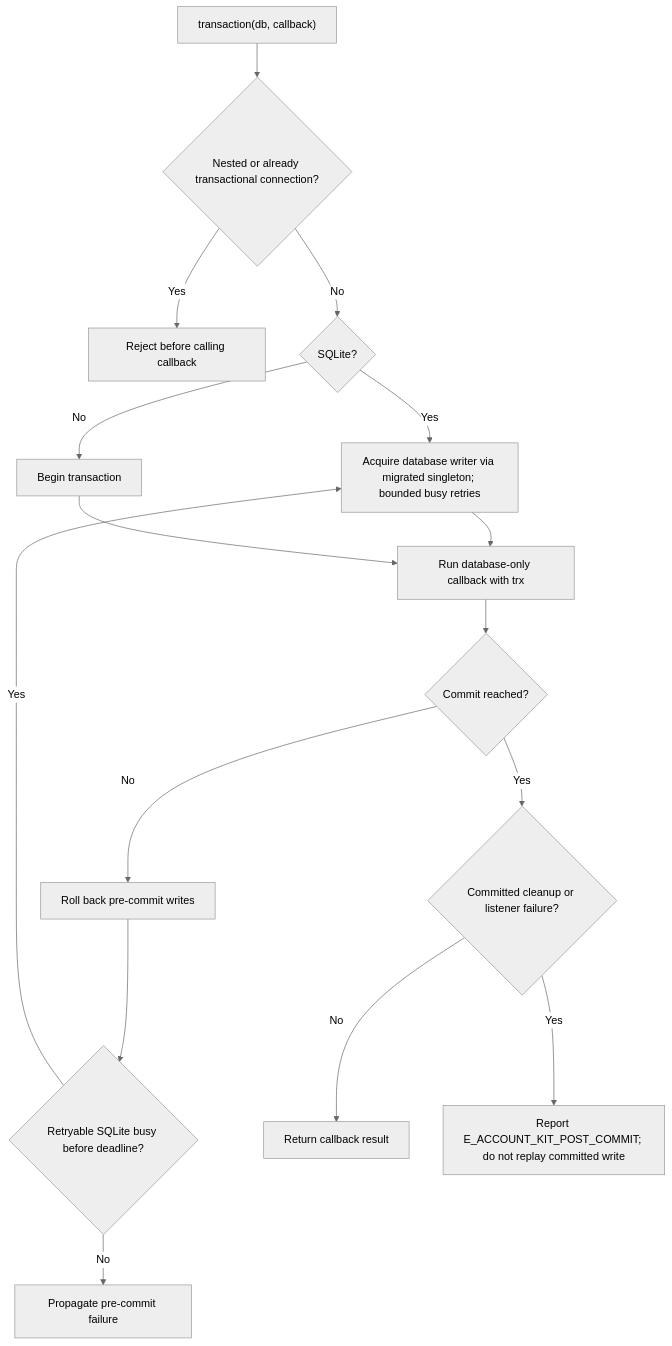
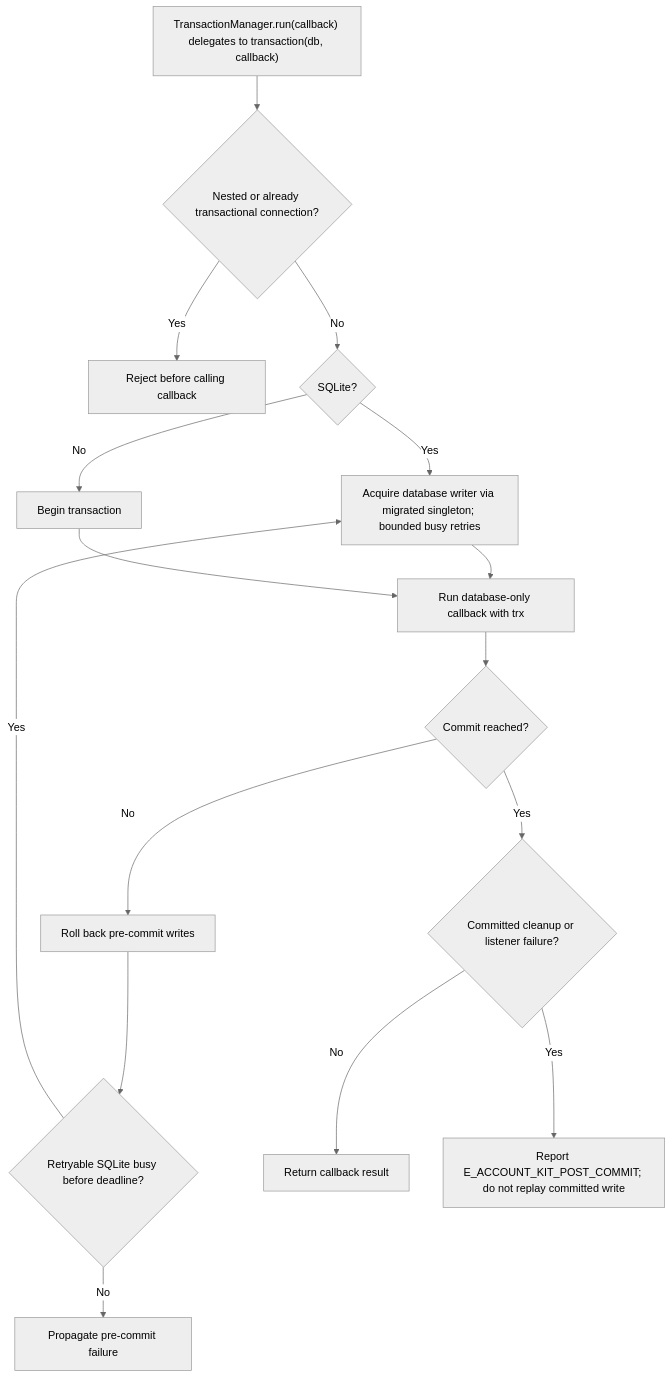
The second of 2 diagrams in user-stories/US-ACCOUNT-63-share-transaction-helpers.md (Kevinjohn/oss-adonisjs-account-kit), drawn with Mermaid (neutral theme) before and after one commit. The commit also changed other lines of this file and 16 other files, not shown here.

````diff
--- a/user-stories/US-ACCOUNT-63-share-transaction-helpers.md
+++ b/user-stories/US-ACCOUNT-63-share-transaction-helpers.md
@@ -33,18 +33,18 @@
 ```mermaid
 flowchart TD
-    A["transaction(db, callback)"] --> N{"Nested or already transactional connection?"}
+    A["TransactionManager.run(callback) delegates to transaction(db, callback)"] --> N{"Nested or already transactional connection?"}
     N -->|Yes| X["Reject before calling callback"]
     N -->|No| S{"SQLite?"}
     S -->|Yes| L["Acquire database writer via migrated singleton; bounded busy retries"]
     S -->|No| T["Begin transaction"]
     L --> R["Run database-only callback with trx"]
     T --> R
     R --> B{"Commit reached?"}
     B -->|No| D["Roll back pre-commit writes"]
     D --> K{"Retryable SQLite busy before deadline?"}
     K -->|Yes| L
     K -->|No| U["Propagate pre-commit failure"]
     B -->|Yes| F{"Committed cleanup or listener failure?"}
     F -->|No| C["Return callback result"]
     F -->|Yes| E["Report E_ACCOUNT_KIT_POST_COMMIT; do not replay committed write"]
 ```
````
